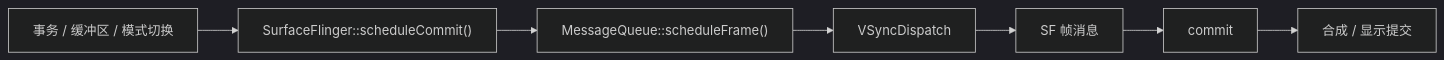
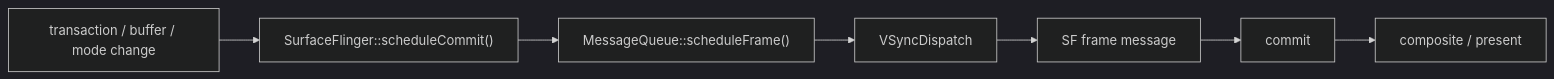
One commit to Gracker/android-internals-wiki changed the third of 4 diagrams in src/part1-fundamentals/ch02-rendering/23-vsync-scheduler-displayframerate.md. Above: the diagram before and after it, drawn with Mermaid (dark theme). The commit also changed other lines of this file and 3 other files, not shown here.

````diff
--- a/src/part1-fundamentals/ch02-rendering/23-vsync-scheduler-displayframerate.md
+++ b/src/part1-fundamentals/ch02-rendering/23-vsync-scheduler-displayframerate.md
@@ -279,9 +279,9 @@
 ```mermaid
 flowchart LR
-    CHANGE["事务 / 缓冲区 / 模式切换"] --> SC["SurfaceFlinger::scheduleCommit()"]
+    CHANGE["transaction / buffer / mode change"] --> SC["SurfaceFlinger::scheduleCommit()"]
     SC --> SFQ["MessageQueue::scheduleFrame()"]
     SFQ --> DIS["VSyncDispatch"]
-    DIS --> MSG["SF 帧消息"]
+    DIS --> MSG["SF frame message"]
     MSG --> COMMIT["commit"]
-    COMMIT --> COMP["合成 / 显示提交"]
+    COMMIT --> COMP["composite / present"]
 ```
````
